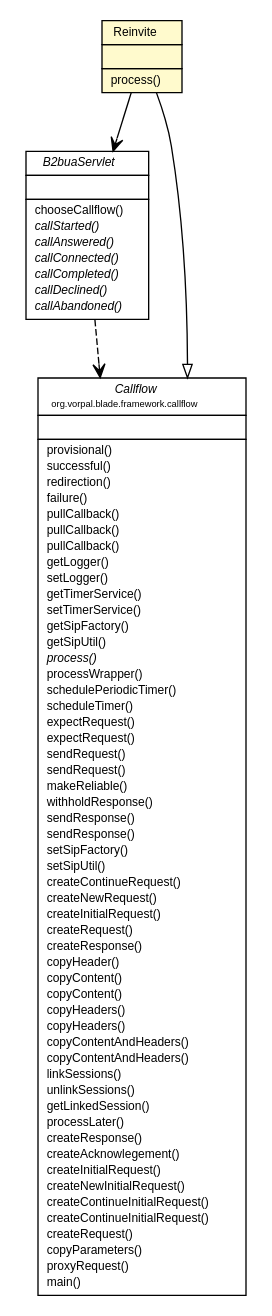
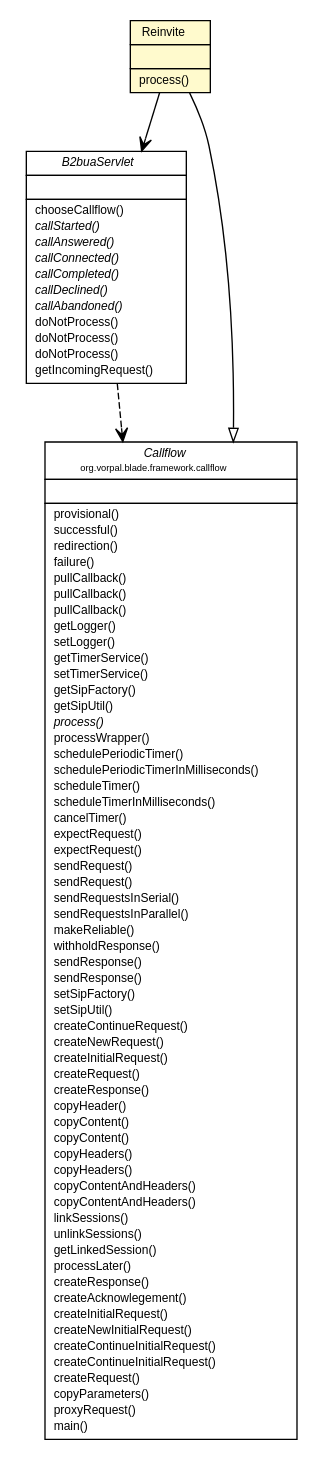
One commit to vorpalnet/vorpalnet.github.io changed the diagram in blade/vorpal-blade-library-framework/org/vorpal/blade/framework/b2bua/Reinvite.dot. Above: the diagram before and after it, drawn with Graphviz. The commit also changed 2723 other files, not shown here.

```diff
--- a/blade/vorpal-blade-library-framework/org/vorpal/blade/framework/b2bua/Reinvite.dot
+++ b/blade/vorpal-blade-library-framework/org/vorpal/blade/framework/b2bua/Reinvite.dot
@@ -1,113 +1,122 @@
 #!/usr/local/bin/dot
 #
 # Class diagram 
 # Generated by UMLGraph version 5.2 (http://www.umlgraph.org/)
 #
 
 digraph G {
 	edge [fontname="Helvetica",fontsize=10,labelfontname="Helvetica",labelfontsize=10];
 	node [fontname="Helvetica",fontsize=10,shape=plaintext];
 	nodesep=0.25;
 	ranksep=0.5;
 	// org.vorpal.blade.framework.b2bua.Reinvite
-	c695 [label=<<table title="org.vorpal.blade.framework.b2bua.Reinvite" border="0" cellborder="1" cellspacing="0" cellpadding="2" port="p" bgcolor="lemonChiffon" href="./Reinvite.html">
+	c767 [label=<<table title="org.vorpal.blade.framework.b2bua.Reinvite" border="0" cellborder="1" cellspacing="0" cellpadding="2" port="p" bgcolor="lemonChiffon" href="./Reinvite.html">
 		<tr><td><table border="0" cellspacing="0" cellpadding="1">
 <tr><td align="center" balign="center"> Reinvite </td></tr>
 		</table></td></tr>
 		<tr><td><table border="0" cellspacing="0" cellpadding="1">
 <tr><td align="left" balign="left">  </td></tr>
 		</table></td></tr>
 		<tr><td><table border="0" cellspacing="0" cellpadding="1">
 <tr><td align="left" balign="left">  process() </td></tr>
 		</table></td></tr>
 		</table>>, fontname="Helvetica", fontcolor="black", fontsize=9.0];
 	// org.vorpal.blade.framework.b2bua.B2buaServlet
-	c700 [label=<<table title="org.vorpal.blade.framework.b2bua.B2buaServlet" border="0" cellborder="1" cellspacing="0" cellpadding="2" port="p" href="./B2buaServlet.html">
+	c772 [label=<<table title="org.vorpal.blade.framework.b2bua.B2buaServlet" border="0" cellborder="1" cellspacing="0" cellpadding="2" port="p" href="./B2buaServlet.html">
 		<tr><td><table border="0" cellspacing="0" cellpadding="1">
 <tr><td align="center" balign="center"><font face="Helvetica-Oblique"> B2buaServlet </font></td></tr>
 		</table></td></tr>
 		<tr><td><table border="0" cellspacing="0" cellpadding="1">
 <tr><td align="left" balign="left">  </td></tr>
 		</table></td></tr>
 		<tr><td><table border="0" cellspacing="0" cellpadding="1">
 <tr><td align="left" balign="left">  chooseCallflow() </td></tr>
 <tr><td align="left" balign="left"><font face="Helvetica-Oblique" point-size="9.0">  callStarted() </font></td></tr>
 <tr><td align="left" balign="left"><font face="Helvetica-Oblique" point-size="9.0">  callAnswered() </font></td></tr>
 <tr><td align="left" balign="left"><font face="Helvetica-Oblique" point-size="9.0">  callConnected() </font></td></tr>
 <tr><td align="left" balign="left"><font face="Helvetica-Oblique" point-size="9.0">  callCompleted() </font></td></tr>
 <tr><td align="left" balign="left"><font face="Helvetica-Oblique" point-size="9.0">  callDeclined() </font></td></tr>
 <tr><td align="left" balign="left"><font face="Helvetica-Oblique" point-size="9.0">  callAbandoned() </font></td></tr>
+<tr><td align="left" balign="left">  doNotProcess() </td></tr>
+<tr><td align="left" balign="left">  doNotProcess() </td></tr>
+<tr><td align="left" balign="left">  doNotProcess() </td></tr>
+<tr><td align="left" balign="left">  getIncomingRequest() </td></tr>
 		</table></td></tr>
 		</table>>, fontname="Helvetica", fontcolor="black", fontsize=9.0];
 	// org.vorpal.blade.framework.callflow.Callflow
-	c703 [label=<<table title="org.vorpal.blade.framework.callflow.Callflow" border="0" cellborder="1" cellspacing="0" cellpadding="2" port="p" href="../callflow/Callflow.html">
+	c775 [label=<<table title="org.vorpal.blade.framework.callflow.Callflow" border="0" cellborder="1" cellspacing="0" cellpadding="2" port="p" href="../callflow/Callflow.html">
 		<tr><td><table border="0" cellspacing="0" cellpadding="1">
 <tr><td align="center" balign="center"><font face="Helvetica-Oblique"> Callflow </font></td></tr>
 <tr><td align="center" balign="center"><font point-size="7.0"> org.vorpal.blade.framework.callflow </font></td></tr>
 		</table></td></tr>
 		<tr><td><table border="0" cellspacing="0" cellpadding="1">
 <tr><td align="left" balign="left">  </td></tr>
 		</table></td></tr>
 		<tr><td><table border="0" cellspacing="0" cellpadding="1">
 <tr><td align="left" balign="left">  provisional() </td></tr>
 <tr><td align="left" balign="left">  successful() </td></tr>
 <tr><td align="left" balign="left">  redirection() </td></tr>
 <tr><td align="left" balign="left">  failure() </td></tr>
 <tr><td align="left" balign="left">  pullCallback() </td></tr>
 <tr><td align="left" balign="left">  pullCallback() </td></tr>
 <tr><td align="left" balign="left">  pullCallback() </td></tr>
 <tr><td align="left" balign="left">  getLogger() </td></tr>
 <tr><td align="left" balign="left">  setLogger() </td></tr>
 <tr><td align="left" balign="left">  getTimerService() </td></tr>
 <tr><td align="left" balign="left">  setTimerService() </td></tr>
 <tr><td align="left" balign="left">  getSipFactory() </td></tr>
 <tr><td align="left" balign="left">  getSipUtil() </td></tr>
 <tr><td align="left" balign="left"><font face="Helvetica-Oblique" point-size="9.0">  process() </font></td></tr>
 <tr><td align="left" balign="left">  processWrapper() </td></tr>
 <tr><td align="left" balign="left">  schedulePeriodicTimer() </td></tr>
+<tr><td align="left" balign="left">  schedulePeriodicTimerInMilliseconds() </td></tr>
 <tr><td align="left" balign="left">  scheduleTimer() </td></tr>
+<tr><td align="left" balign="left">  scheduleTimerInMilliseconds() </td></tr>
+<tr><td align="left" balign="left">  cancelTimer() </td></tr>
 <tr><td align="left" balign="left">  expectRequest() </td></tr>
 <tr><td align="left" balign="left">  expectRequest() </td></tr>
 <tr><td align="left" balign="left">  sendRequest() </td></tr>
 <tr><td align="left" balign="left">  sendRequest() </td></tr>
+<tr><td align="left" balign="left">  sendRequestsInSerial() </td></tr>
+<tr><td align="left" balign="left">  sendRequestsInParallel() </td></tr>
 <tr><td align="left" balign="left">  makeReliable() </td></tr>
 <tr><td align="left" balign="left">  withholdResponse() </td></tr>
 <tr><td align="left" balign="left">  sendResponse() </td></tr>
 <tr><td align="left" balign="left">  sendResponse() </td></tr>
 <tr><td align="left" balign="left">  setSipFactory() </td></tr>
 <tr><td align="left" balign="left">  setSipUtil() </td></tr>
 <tr><td align="left" balign="left">  createContinueRequest() </td></tr>
 <tr><td align="left" balign="left">  createNewRequest() </td></tr>
 <tr><td align="left" balign="left">  createInitialRequest() </td></tr>
 <tr><td align="left" balign="left">  createRequest() </td></tr>
 <tr><td align="left" balign="left">  createResponse() </td></tr>
 <tr><td align="left" balign="left">  copyHeader() </td></tr>
 <tr><td align="left" balign="left">  copyContent() </td></tr>
 <tr><td align="left" balign="left">  copyContent() </td></tr>
 <tr><td align="left" balign="left">  copyHeaders() </td></tr>
 <tr><td align="left" balign="left">  copyHeaders() </td></tr>
 <tr><td align="left" balign="left">  copyContentAndHeaders() </td></tr>
 <tr><td align="left" balign="left">  copyContentAndHeaders() </td></tr>
 <tr><td align="left" balign="left">  linkSessions() </td></tr>
 <tr><td align="left" balign="left">  unlinkSessions() </td></tr>
 <tr><td align="left" balign="left">  getLinkedSession() </td></tr>
 <tr><td align="left" balign="left">  processLater() </td></tr>
 <tr><td align="left" balign="left">  createResponse() </td></tr>
 <tr><td align="left" balign="left">  createAcknowlegement() </td></tr>
 <tr><td align="left" balign="left">  createInitialRequest() </td></tr>
 <tr><td align="left" balign="left">  createNewInitialRequest() </td></tr>
 <tr><td align="left" balign="left">  createContinueInitialRequest() </td></tr>
 <tr><td align="left" balign="left">  createContinueInitialRequest() </td></tr>
 <tr><td align="left" balign="left">  createRequest() </td></tr>
 <tr><td align="left" balign="left">  copyParameters() </td></tr>
 <tr><td align="left" balign="left">  proxyRequest() </td></tr>
 <tr><td align="left" balign="left">  main() </td></tr>
 		</table></td></tr>
 		</table>>, fontname="Helvetica", fontcolor="black", fontsize=9.0];
 	//org.vorpal.blade.framework.b2bua.Reinvite extends org.vorpal.blade.framework.callflow.Callflow
-	c703:p -> c695:p [dir=back,arrowtail=empty];
+	c775:p -> c767:p [dir=back,arrowtail=empty];
 	// org.vorpal.blade.framework.b2bua.Reinvite NAVASSOC org.vorpal.blade.framework.b2bua.B2buaServlet
-	c695:p -> c700:p [taillabel="", label="", headlabel="", fontname="Helvetica", fontcolor="black", fontsize=10.0, color="black", arrowhead=open];
+	c767:p -> c772:p [taillabel="", label="", headlabel="", fontname="Helvetica", fontcolor="black", fontsize=10.0, color="black", arrowhead=open];
 	// org.vorpal.blade.framework.b2bua.B2buaServlet DEPEND org.vorpal.blade.framework.callflow.Callflow
-	c700:p -> c703:p [taillabel="", label="", headlabel="", fontname="Helvetica", fontcolor="black", fontsize=10.0, color="black", arrowhead=open, style=dashed];
+	c772:p -> c775:p [taillabel="", label="", headlabel="", fontname="Helvetica", fontcolor="black", fontsize=10.0, color="black", arrowhead=open, style=dashed];
 }
```
